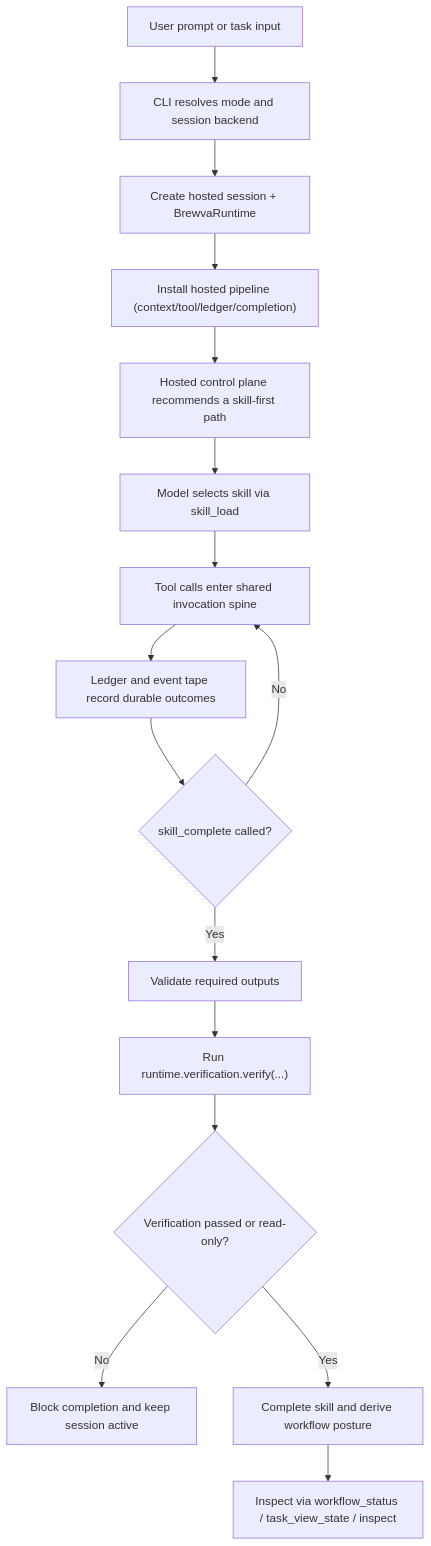
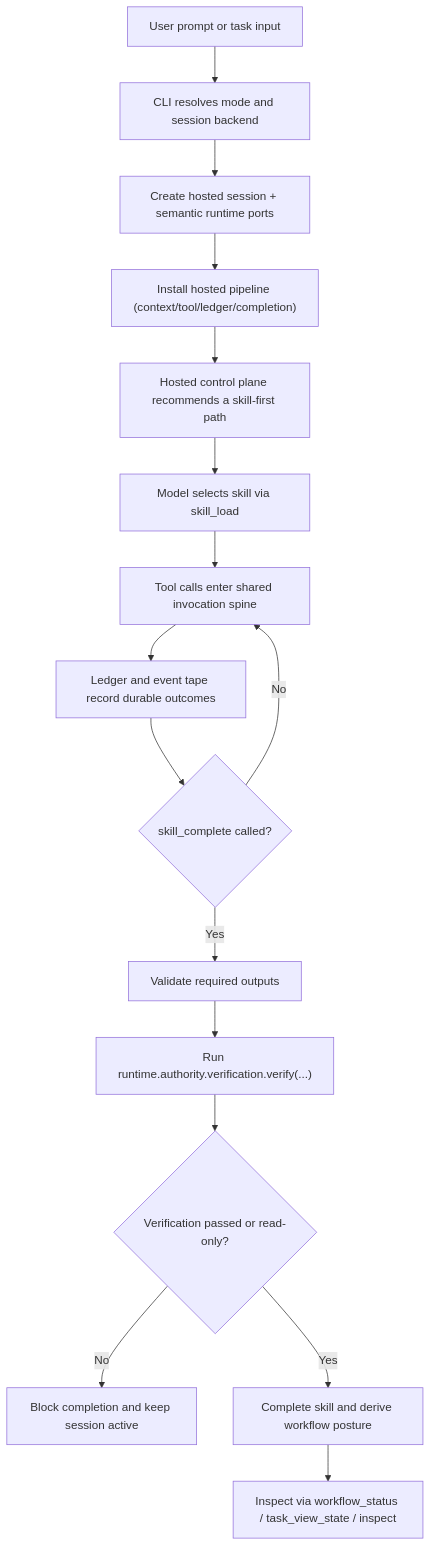
The diagram in docs/journeys/operator/interactive-session.md (arcthur/Brewva), drawn with Mermaid before and after one commit. The commit also changed other lines of this file and 326 other files, not shown here.

````diff
--- a/docs/journeys/operator/interactive-session.md
+++ b/docs/journeys/operator/interactive-session.md
@@ -38,18 +38,18 @@
 ```mermaid
 flowchart TD
   A["User prompt or task input"] --> B["CLI resolves mode and session backend"]
-  B --> C["Create hosted session + BrewvaRuntime"]
+  B --> C["Create hosted session + semantic runtime ports"]
   C --> D["Install hosted pipeline (context/tool/ledger/completion)"]
   D --> E["Hosted control plane recommends a skill-first path"]
   E --> F["Model selects skill via skill_load"]
   F --> G["Tool calls enter shared invocation spine"]
   G --> H["Ledger and event tape record durable outcomes"]
   H --> I{"skill_complete called?"}
   I -->|No| G
   I -->|Yes| J["Validate required outputs"]
-  J --> K["Run runtime.verification.verify(...)"]
+  J --> K["Run runtime.authority.verification.verify(...)"]
   K --> L{"Verification passed or read-only?"}
   L -->|No| M["Block completion and keep session active"]
   L -->|Yes| N["Complete skill and derive workflow posture"]
   N --> O["Inspect via workflow_status / task_view_state / inspect"]
 ```
````
